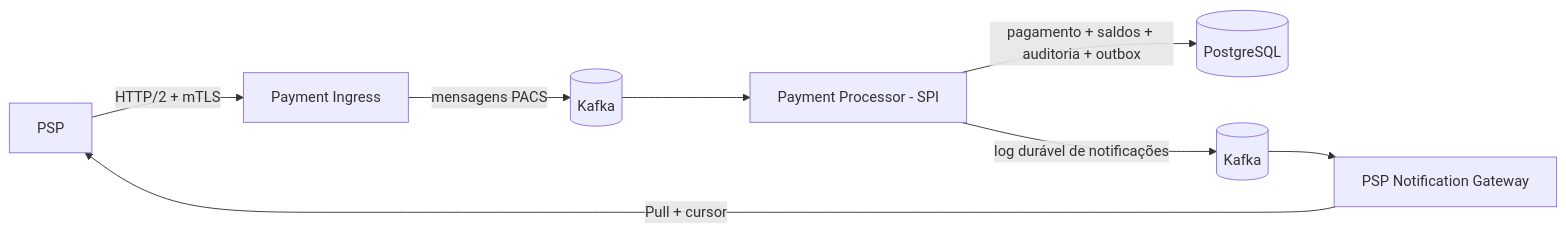
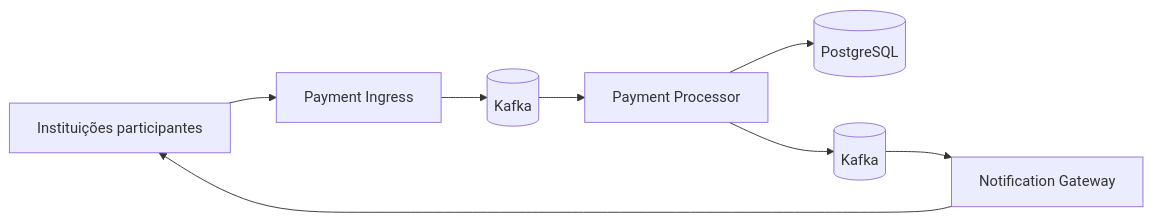
Before and after one commit to borgeskauan/instant-payment-system: the diagram in README.md, drawn with Mermaid. The commit also changed other lines of this file and 1 other file, not shown here.

````diff
--- a/README.md
+++ b/README.md
@@ -62,10 +76,10 @@
-~~~mermaid
+```mermaid
 flowchart LR
-    PSP[PSP] -->|HTTP/2 + mTLS| Ingress[Payment Ingress]
-    Ingress -->|mensagens PACS| Payments[(Kafka)]
-    Payments --> SPI[Payment Processor - SPI]
-    SPI -->|pagamento + saldos + auditoria + outbox| DB[(PostgreSQL)]
-    SPI -->|log durável de notificações| Notifications[(Kafka)]
-    Notifications --> Gateway[PSP Notification Gateway]
-    Gateway -->|Pull + cursor| PSP
-~~~
+    Participants[Instituições participantes] --> Ingress[Payment Ingress]
+    Ingress --> Kafka[(Kafka)]
+    Kafka --> Processor[Payment Processor]
+    Processor --> DB[(PostgreSQL)]
+    Processor --> Notifications[(Kafka)]
+    Notifications --> Gateway[Notification Gateway]
+    Gateway --> Participants
+```
````
